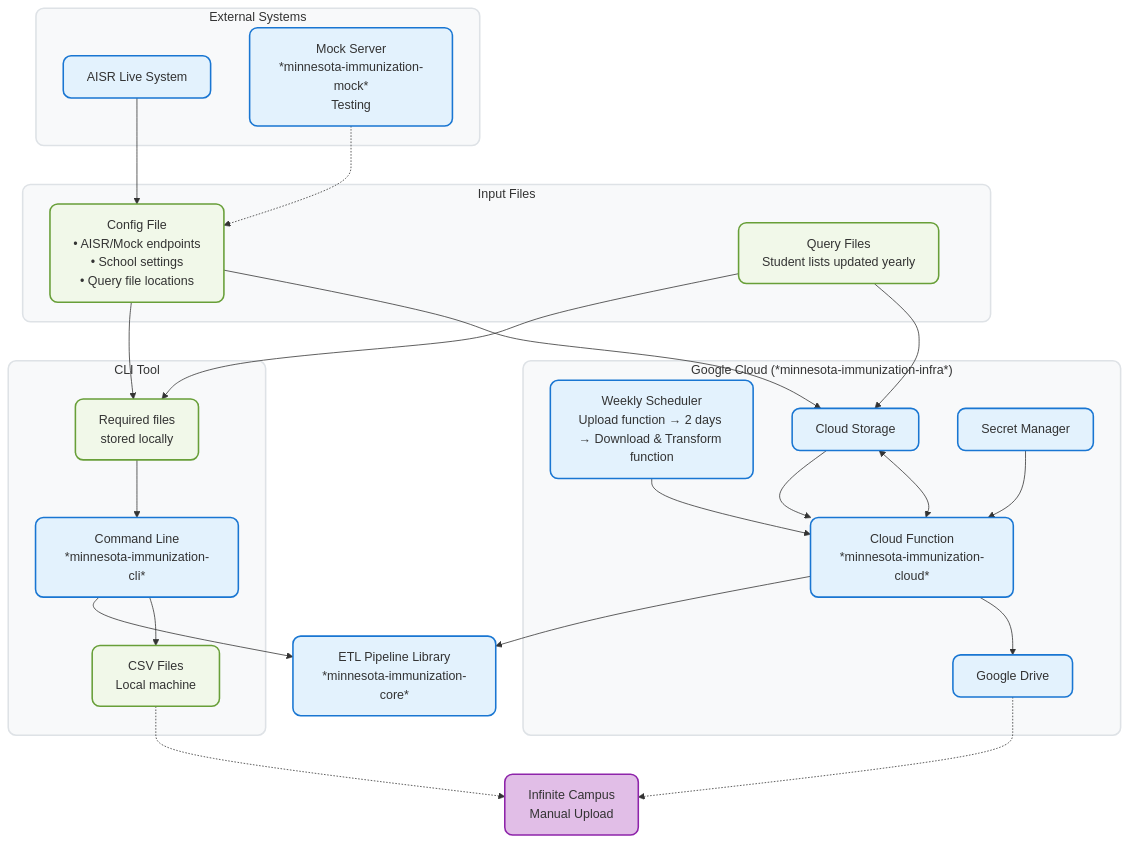
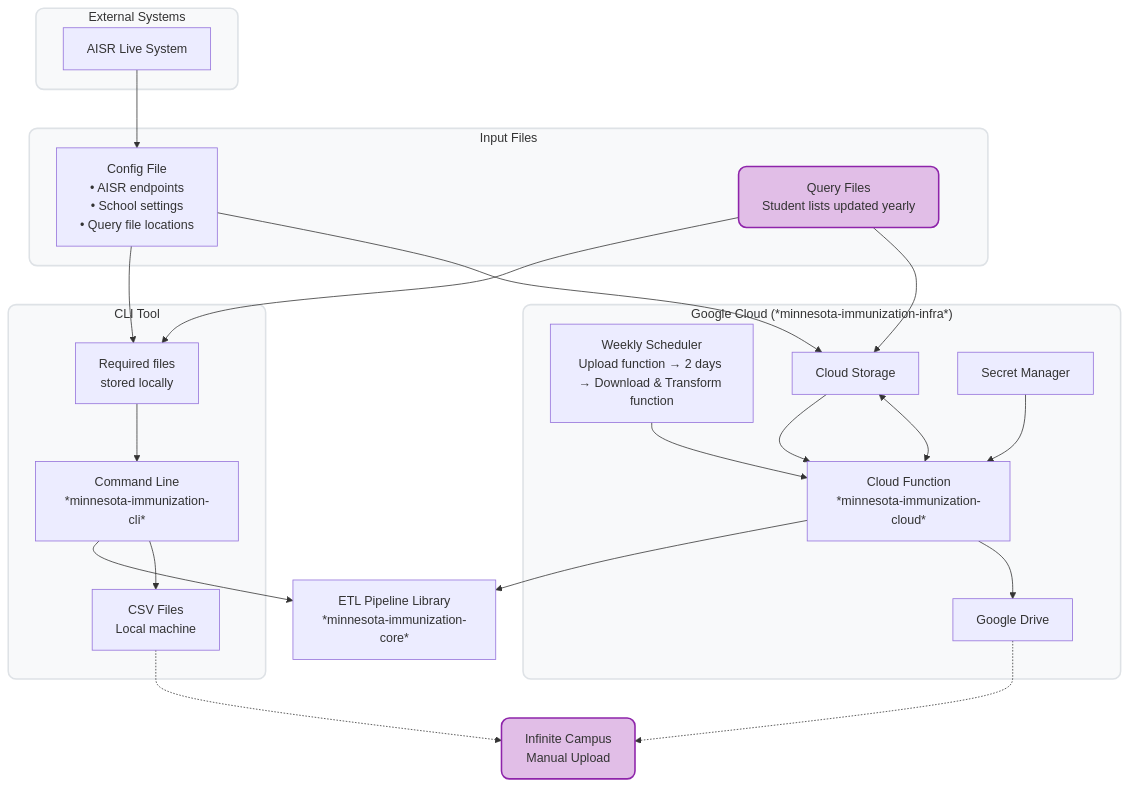
One commit to DillonOLeary/immunization-records-pipeline changed the diagram in README.md. Above: the diagram before and after it, drawn with Mermaid. The commit also changed other lines of this file, not shown here.

Commit message:
Clean up readme

````diff
--- a/README.md
+++ b/README.md
@@ -17,78 +22,60 @@
 ```mermaid
 graph TB
     subgraph ext ["External Systems"]
         AISR[AISR Live System]
-        Mock[Mock Server<br/>*minnesota-immunization-mock*<br/>Testing]
     end
-    
+
     subgraph input ["Input Files"]
-        Config[Config File<br/>• AISR/Mock endpoints<br/>• School settings<br/>• Query file locations]
+        Config[Config File<br/>• AISR endpoints<br/>• School settings<br/>• Query file locations]
         Query[Query Files<br/>Student lists updated yearly]
     end
-    
+
     Core[ETL Pipeline Library<br/>*minnesota-immunization-core*]
-    
+
     subgraph cli ["CLI Tool"]
         CLI[Command Line<br/>*minnesota-immunization-cli*]
         LocalConfig[Required files<br/>stored locally]
         LocalCSV[CSV Files<br/>Local machine]
     end
-    
+
     subgraph cloud ["Google Cloud (*minnesota-immunization-infra*)"]
         CloudFn[Cloud Function<br/>*minnesota-immunization-cloud*]
         Scheduler[Weekly Scheduler<br/>Upload function → 2 days → Download & Transform function]
         GCS[Cloud Storage]
         Secrets[Secret Manager]
         Drive[Google Drive]
     end
-    
+
     AISR --> Config
-    Mock -.-> Config
-    
+
     Config --> LocalConfig
     Config --> GCS
     Query --> LocalConfig
     Query --> GCS
-    
+
     LocalConfig --> CLI
     CLI --> Core
     GCS --> CloudFn
     CloudFn --> Core
-    
+
     CLI --> LocalCSV
     CloudFn --> Drive
-    
-    
+
+
     Scheduler --> CloudFn
     CloudFn <--> GCS
     Secrets --> CloudFn
-    
+
     LocalCSV -.-> IC[Infinite Campus<br/>Manual Upload]
     Drive -.-> IC
-    
-    %% Functions/Code/Infrastructure
-    style Core fill:#e3f2fd,stroke:#1976d2,stroke-width:2px,rx:10,ry:10
-    style CLI fill:#e3f2fd,stroke:#1976d2,stroke-width:2px,rx:10,ry:10
-    style CloudFn fill:#e3f2fd,stroke:#1976d2,stroke-width:2px,rx:10,ry:10
-    style Mock fill:#e3f2fd,stroke:#1976d2,stroke-width:2px,rx:10,ry:10
-    style Scheduler fill:#e3f2fd,stroke:#1976d2,stroke-width:2px,rx:10,ry:10
-    style GCS fill:#e3f2fd,stroke:#1976d2,stroke-width:2px,rx:10,ry:10
-    style Secrets fill:#e3f2fd,stroke:#1976d2,stroke-width:2px,rx:10,ry:10
-    style Drive fill:#e3f2fd,stroke:#1976d2,stroke-width:2px,rx:10,ry:10
-    style AISR fill:#e3f2fd,stroke:#1976d2,stroke-width:2px,rx:10,ry:10
-    
-    %% Data/Files
-    style Config fill:#f1f8e9,stroke:#689f38,stroke-width:2px,rx:10,ry:10
-    style LocalConfig fill:#f1f8e9,stroke:#689f38,stroke-width:2px,rx:10,ry:10
-    style Query fill:#f1f8e9,stroke:#689f38,stroke-width:2px,rx:10,ry:10
-    style LocalCSV fill:#f1f8e9,stroke:#689f38,stroke-width:2px,rx:10,ry:10
-    
+
     %% Subgraph backgrounds
     style ext fill:#f8f9fa,stroke:#dee2e6,stroke-width:2px,rx:10,ry:10
     style input fill:#f8f9fa,stroke:#dee2e6,stroke-width:2px,rx:10,ry:10
     style cli fill:#f8f9fa,stroke:#dee2e6,stroke-width:2px,rx:10,ry:10
     style cloud fill:#f8f9fa,stroke:#dee2e6,stroke-width:2px,rx:10,ry:10
-    
-    %% External/Manual elements
+
+    %% Manual action required
+    style Query fill:#e1bee7,stroke:#8e24aa,stroke-width:2px,rx:10,ry:10
     style IC fill:#e1bee7,stroke:#8e24aa,stroke-width:2px,rx:10,ry:10
 ```
````
